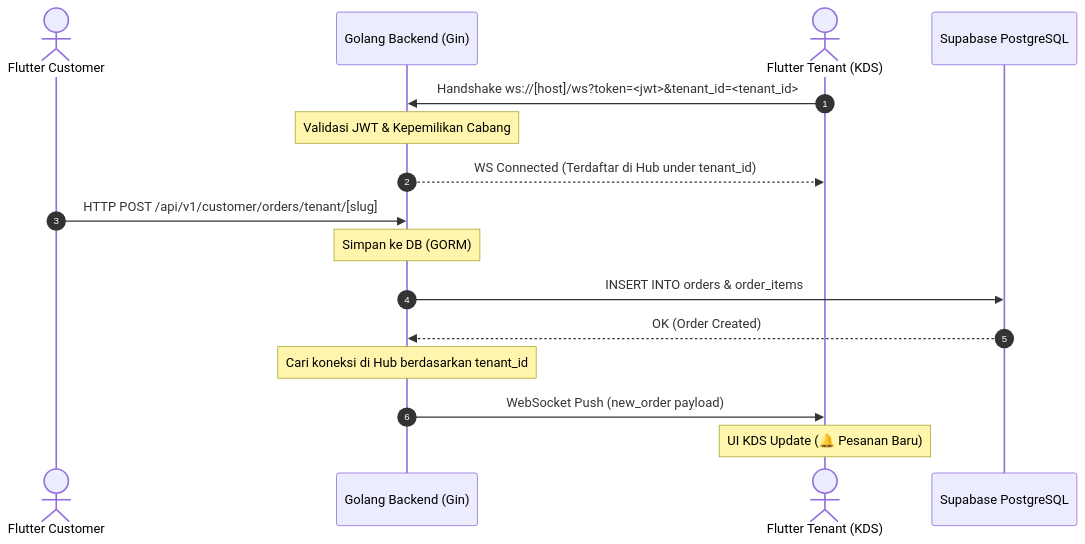
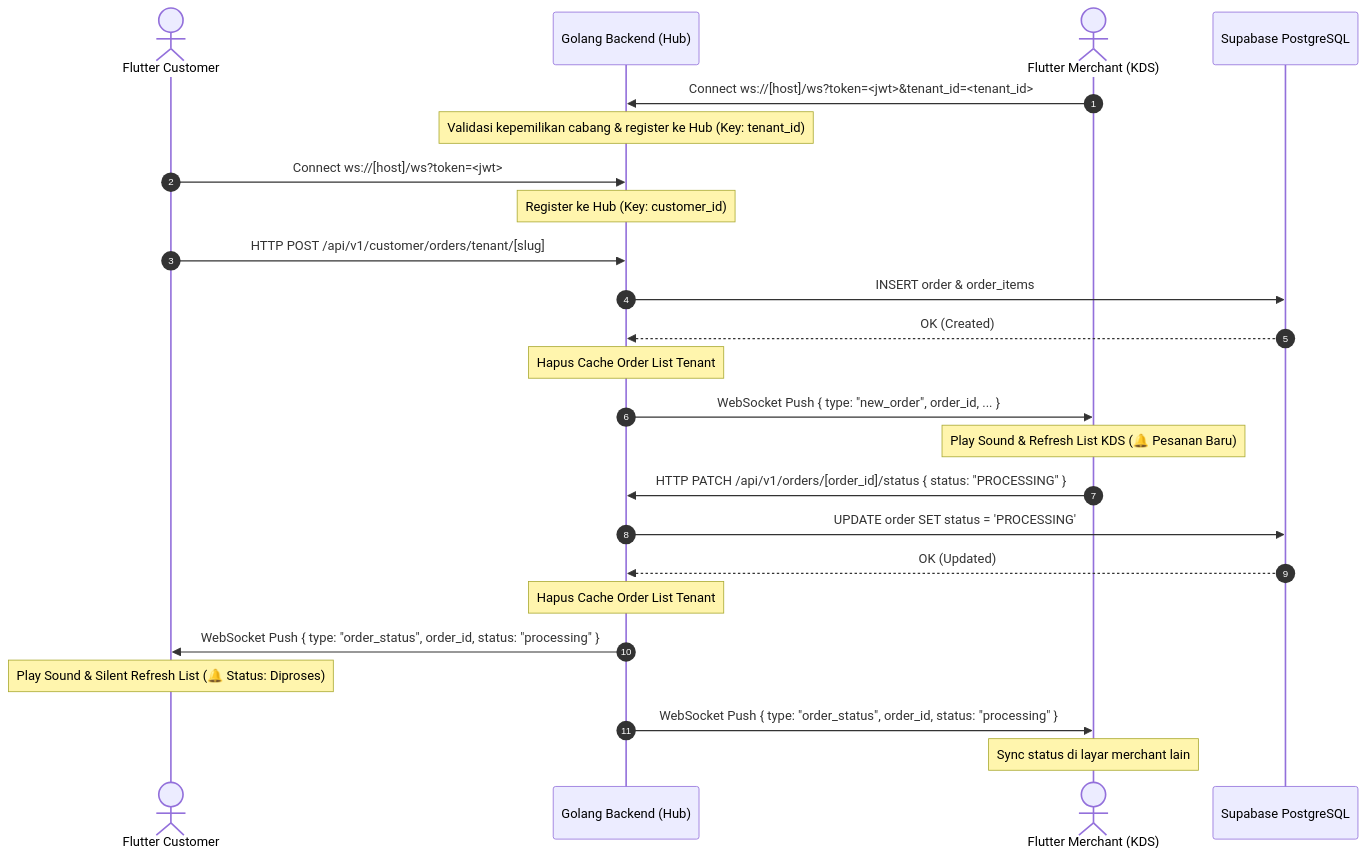
Before and after one commit to Dhegas/saas_gangsta: the diagram in docs/websocket_spec.md, drawn with Mermaid. The commit also changed other lines of this file and 3 other files, not shown here.

````diff
--- a/docs/websocket_spec.md
+++ b/docs/websocket_spec.md
@@ -13,24 +17,32 @@
 ```mermaid
 sequenceDiagram
     autonumber
     actor Customer as Flutter Customer
-    participant Server as Golang Backend (Gin)
-    actor Partner as Flutter Tenant (KDS)
+    participant Server as Golang Backend (Hub)
+    actor Partner as Flutter Merchant (KDS)
     participant DB as Supabase PostgreSQL
 
-    %% Koneksi WebSocket Partner (KDS)
-    Partner->>Server: Handshake ws://[host]/ws?token=<jwt>&tenant_id=<tenant_id>
-    Note over Server: Validasi JWT & Kepemilikan Cabang
-    Server-->>Partner: WS Connected (Terdaftar di Hub under tenant_id)
+    %% Koneksi Awal
+    Partner->>Server: Connect ws://[host]/ws?token=<jwt>&tenant_id=<tenant_id>
+    Note over Server: Validasi kepemilikan cabang & register ke Hub (Key: tenant_id)
+    Customer->>Server: Connect ws://[host]/ws?token=<jwt>
+    Note over Server: Register ke Hub (Key: customer_id)
 
-    %% Transaksi Pembelian
+    %% Alur 1: Pesanan Baru Masuk
     Customer->>Server: HTTP POST /api/v1/customer/orders/tenant/[slug]
-    Note over Server: Simpan ke DB (GORM)
-    Server->>DB: INSERT INTO orders & order_items
-    DB-->>Server: OK (Order Created)
+    Server->>DB: INSERT order & order_items
+    DB-->>Server: OK (Created)
+    Note over Server: Hapus Cache Order List Tenant
+    Server->>Partner: WebSocket Push { type: "new_order", order_id, ... }
+    Note over Partner: Play Sound & Refresh List KDS (🔔 Pesanan Baru)
 
-    %% Real-time Push
-    Note over Server: Cari koneksi di Hub berdasarkan tenant_id
-    Server->>Partner: WebSocket Push (new_order payload)
-    Note over Partner: UI KDS Update (🔔 Pesanan Baru)
+    %% Alur 2: Update Status Pesanan
+    Partner->>Server: HTTP PATCH /api/v1/orders/[order_id]/status { status: "PROCESSING" }
+    Server->>DB: UPDATE order SET status = 'PROCESSING'
+    DB-->>Server: OK (Updated)
+    Note over Server: Hapus Cache Order List Tenant
+    Server->>Customer: WebSocket Push { type: "order_status", order_id, status: "processing" }
+    Note over Customer: Play Sound & Silent Refresh List (🔔 Status: Diproses)
+    Server->>Partner: WebSocket Push { type: "order_status", order_id, status: "processing" }
+    Note over Partner: Sync status di layar merchant lain
 ```
````
